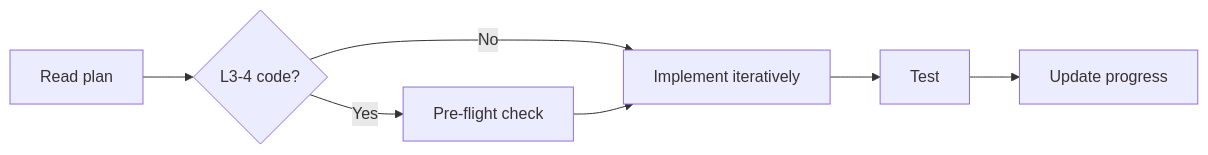
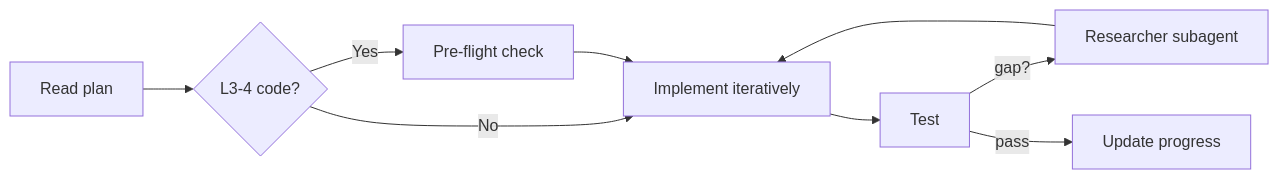
One commit to Arcanada-one/datarim changed the fifth of 8 diagrams in skills/visual-maps/stage-process-flows.md. Above: the diagram before and after it, drawn with Mermaid. The commit also changed other lines of this file and 29 other files, not shown here.

````diff
--- a/skills/visual-maps/stage-process-flows.md
+++ b/skills/visual-maps/stage-process-flows.md
@@ -55,9 +58,11 @@
 ```mermaid
 graph LR
     A["Read plan"] --> B{"L3-4 code?"}
     B -->|Yes| C["Pre-flight check"]
     B -->|No| D["Implement iteratively"]
     C --> D
     D --> E["Test"]
-    E --> F["Update progress"]
+    E -->|"gap?"| G["Researcher subagent"]
+    G --> D
+    E -->|"pass"| F["Update progress"]
 ```
````
